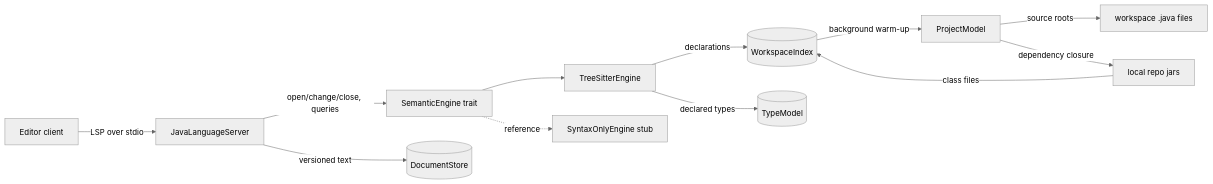
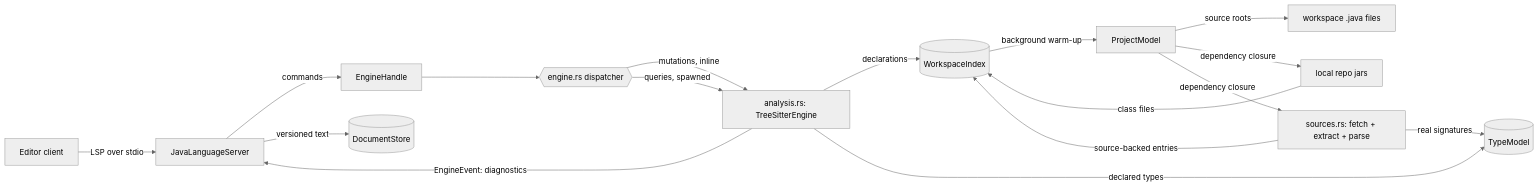
One commit to reenigneEsrever92/java-lsp changed the diagram in docs/architecture.md. Above: the diagram before and after it, drawn with Mermaid (neutral theme). The commit also changed other lines of this file and 26 other files, not shown here.

````diff
--- a/docs/architecture.md
+++ b/docs/architecture.md
@@ -44,14 +48,19 @@
 ```mermaid
 graph LR
     C[Editor client] -- LSP over stdio --> S[JavaLanguageServer]
-    S -- open/change/close, queries --> E[SemanticEngine trait]
-    E --> TS[TreeSitterEngine]
+    S -- commands --> EH[EngineHandle]
+    EH --> DISP{{engine.rs dispatcher}}
+    DISP -- mutations, inline --> TS[analysis.rs: TreeSitterEngine]
+    DISP -- queries, spawned --> TS
+    TS -- EngineEvent: diagnostics --> S
     TS -- declarations --> WI[(WorkspaceIndex)]
     TS -- declared types --> TL[(TypeModel)]
     WI -- background warm-up --> P[ProjectModel]
     P -- source roots --> WS[workspace .java files]
     P -- dependency closure --> JV[local repo jars]
     JV -- class files --> WI
-    E -. reference .-> SO[SyntaxOnlyEngine stub]
+    P -- dependency closure --> SR[sources.rs: fetch + extract + parse]
+    SR -- source-backed entries --> WI
+    SR -- real signatures --> TL
     S -- versioned text --> D[(DocumentStore)]
 ```
````
